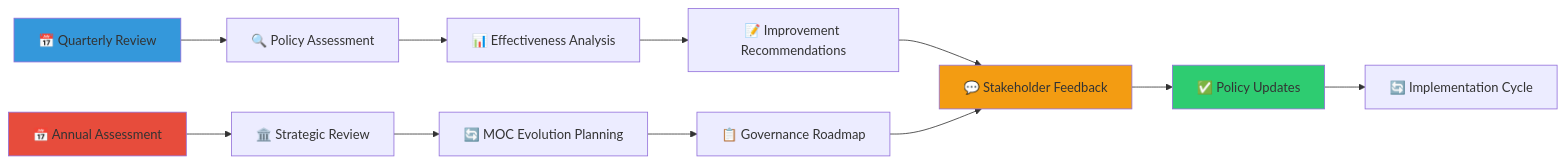
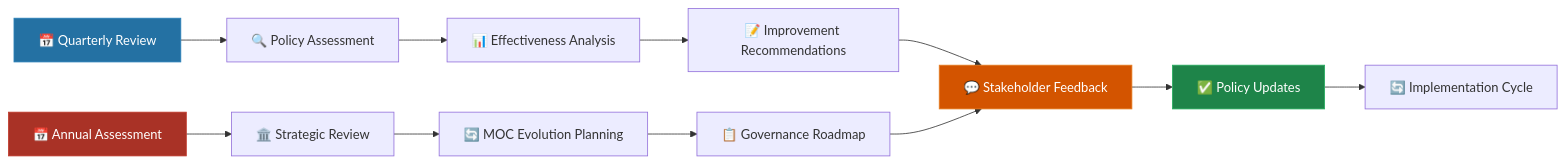
One commit to casheiro/matrix-protocol changed the fourth of 4 diagrams in content/pt/docs/manual/moc-governance.md. Above: the diagram before and after it, drawn with Mermaid. The commit also changed other lines of this file and 36 other files, not shown here.

````diff
--- a/content/pt/docs/manual/moc-governance.md
+++ b/content/pt/docs/manual/moc-governance.md
@@ -684,20 +687,21 @@
 ```mermaid
 graph LR
     A[📅 Quarterly Review] --> B[🔍 Policy Assessment]
     B --> C[📊 Effectiveness Analysis]
     C --> D[📝 Improvement Recommendations]
     
     E[📅 Annual Assessment] --> F[🏛️ Strategic Review]
     F --> G[🔄 MOC Evolution Planning]
     G --> H[📋 Governance Roadmap]
     
     D --> I[💬 Stakeholder Feedback]
     H --> I
     I --> J[✅ Policy Updates]
     J --> K[🔄 Implementation Cycle]
     
-    style A fill:#3498db
-    style E fill:#e74c3c
-    style I fill:#f39c12
-    style J fill:#2ecc71
+    %% Ciclo evolutivo - Progressão temporal
+    style A fill:#2471A3,stroke:#2980B9,color:#fff
+    style E fill:#A93226,stroke:#C0392B,color:#fff
+    style I fill:#D35400,stroke:#E67E22,color:#fff
+    style J fill:#1E8449,stroke:#27AE60,color:#fff
 ```
````
